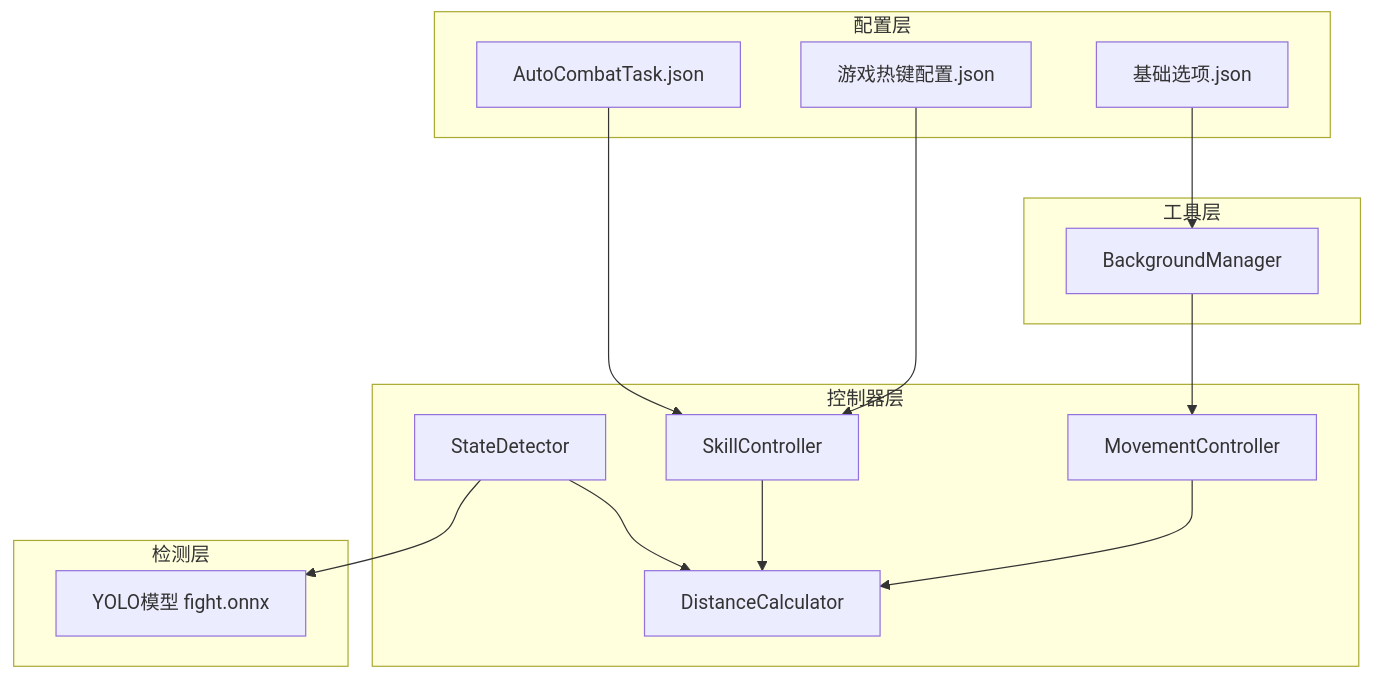
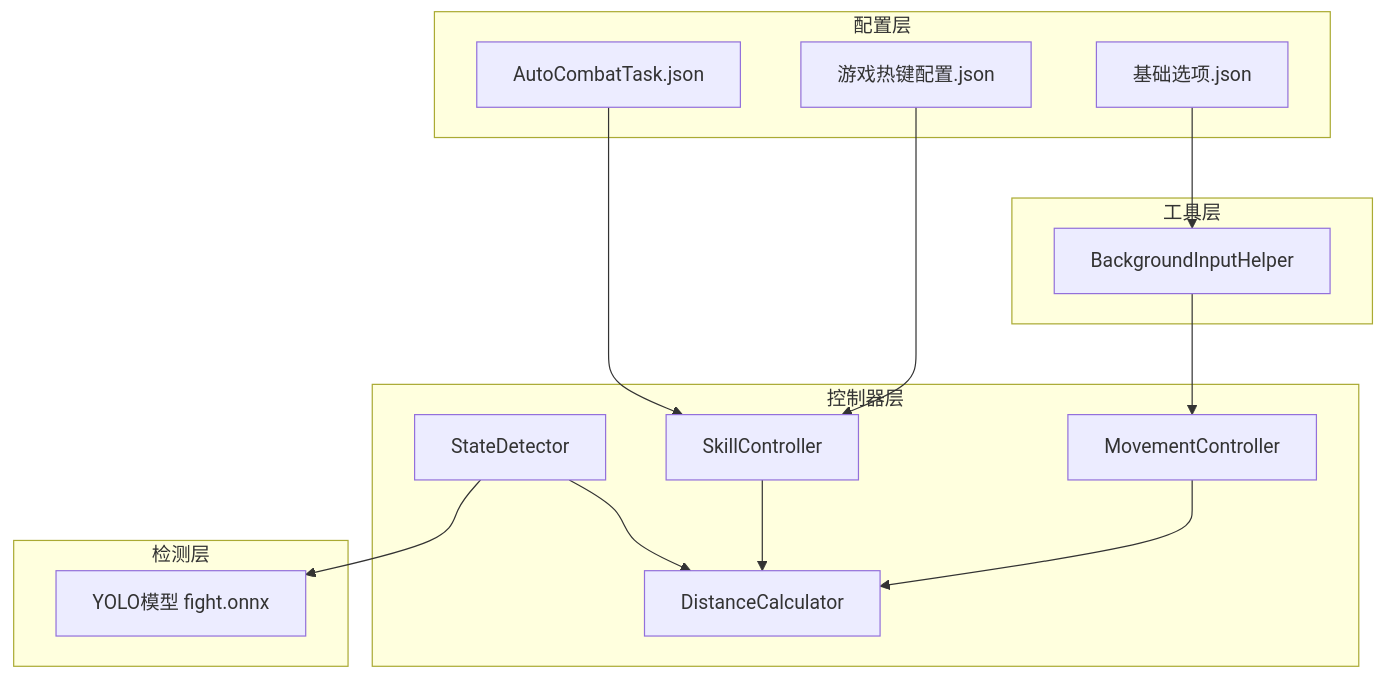
Before and after one commit to xsy098-max/ok-jump: the second of 10 diagrams in .qoder/repowiki/zh/content/任务系统/自动战斗任务.md, drawn with Mermaid. The commit also changed other lines of this file and 22 other files, not shown here.

````diff
--- a/.qoder/repowiki/zh/content/任务系统/自动战斗任务.md
+++ b/.qoder/repowiki/zh/content/任务系统/自动战斗任务.md
@@ -124,28 +133,28 @@
 ```mermaid
 graph TB
 subgraph "配置层"
 A1["AutoCombatTask.json"]
 A2["游戏热键配置.json"]
 A3["基础选项.json"]
 end
 subgraph "控制器层"
 B1["StateDetector"]
 B2["MovementController"]
 B3["SkillController"]
 B4["DistanceCalculator"]
 end
 subgraph "工具层"
-C1["BackgroundManager"]
+C1["BackgroundInputHelper"]
 end
 subgraph "检测层"
 D1["YOLO模型 fight.onnx"]
 end
 A1 --> B3
 A2 --> B3
 A3 --> C1
 C1 --> B2
 B1 --> D1
 B1 --> B4
 B2 --> B4
 B3 --> B4
 ```
````
